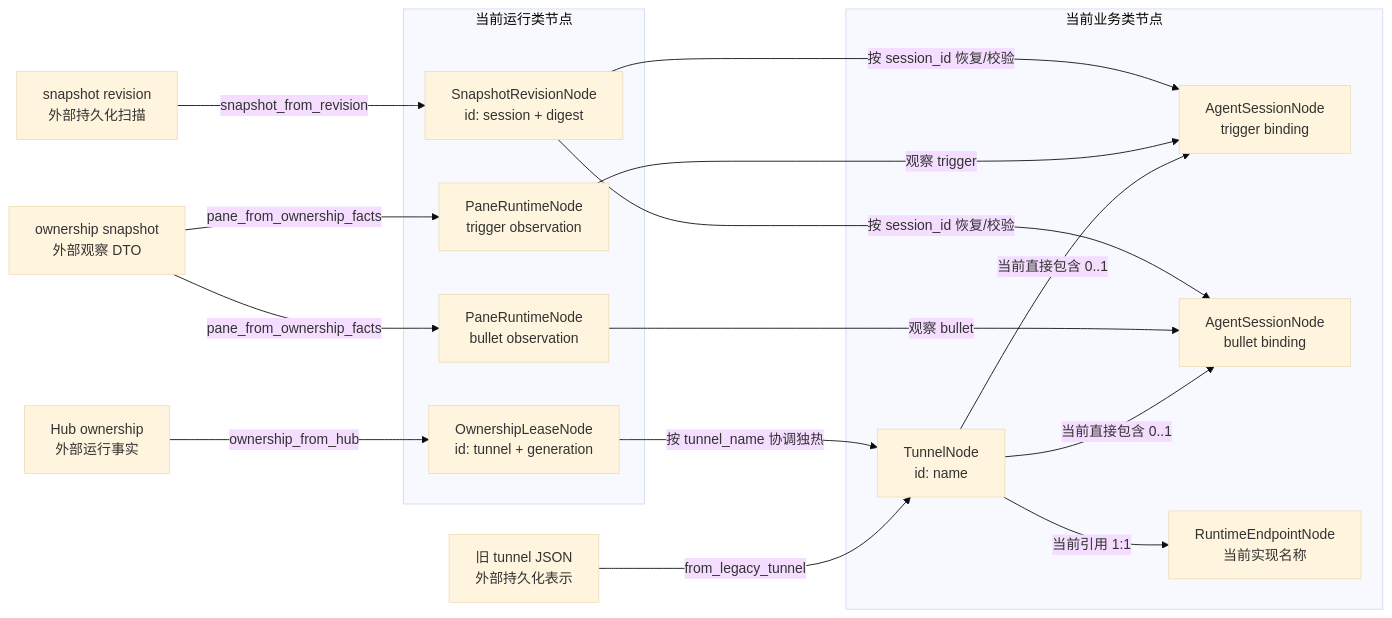
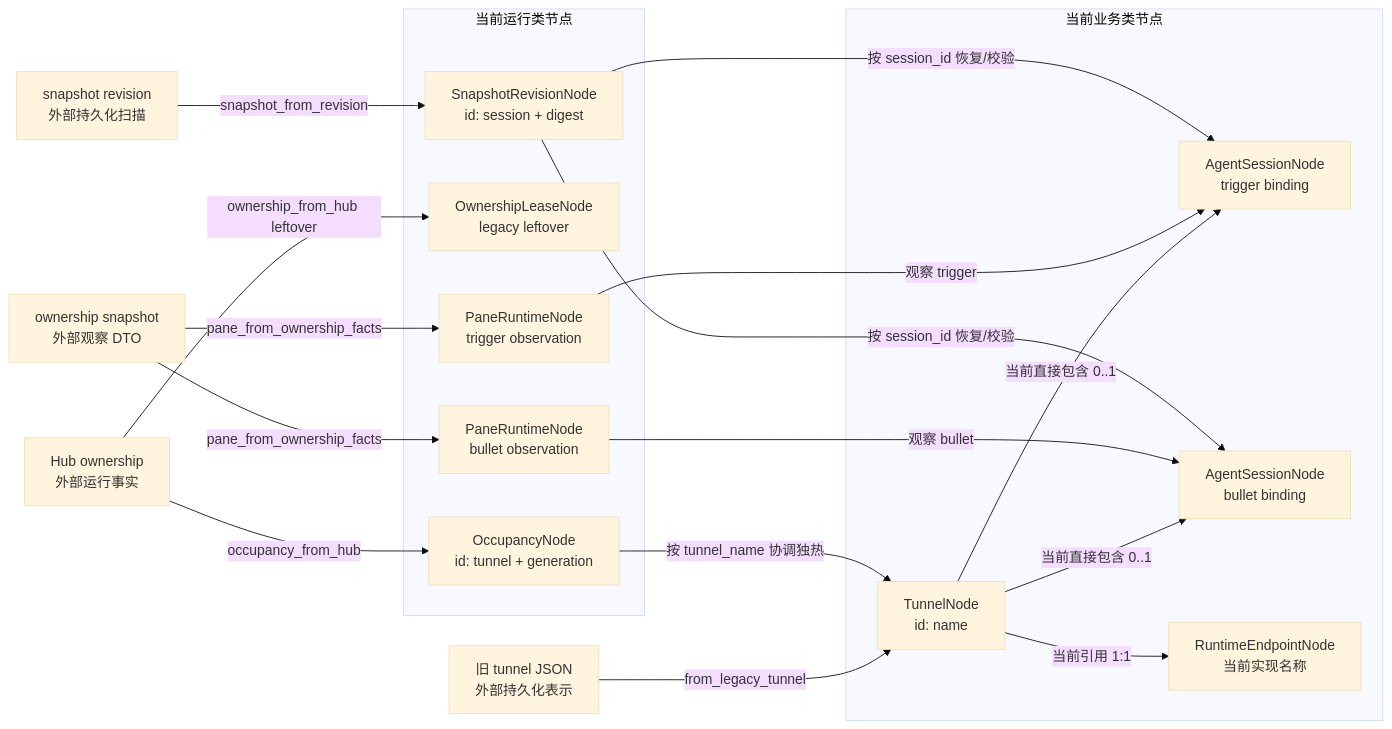
The first of 2 diagrams in datanode/DATANODE.md (yukai08008/dual-tmux), drawn with Mermaid (base theme) before and after one commit. The commit also changed other lines of this file and 19 other files, not shown here.

First line of the commit message:
feat: model occupancy as the exclusive-control runtime node

````diff
--- a/datanode/DATANODE.md
+++ b/datanode/DATANODE.md
@@ -43,35 +43,37 @@
 ```mermaid
 flowchart LR
   Legacy["旧 tunnel JSON<br/>外部持久化表示"]
   Hub["Hub ownership<br/>外部运行事实"]
   Facts["ownership snapshot<br/>外部观察 DTO"]
   Persist["snapshot revision<br/>外部持久化扫描"]
 
   subgraph Business["当前业务类节点"]
     Tunnel["TunnelNode<br/>id: name"]
     Trigger["AgentSessionNode<br/>trigger binding"]
     Bullet["AgentSessionNode<br/>bullet binding"]
     Endpoint["RuntimeEndpointNode<br/>当前实现名称"]
   end
 
   subgraph Runtime["当前运行类节点"]
-    Lease["OwnershipLeaseNode<br/>id: tunnel + generation"]
+    Occupancy["OccupancyNode<br/>id: tunnel + generation"]
+    Lease["OwnershipLeaseNode<br/>legacy leftover"]
     TriggerPane["PaneRuntimeNode<br/>trigger observation"]
     BulletPane["PaneRuntimeNode<br/>bullet observation"]
     Snapshot["SnapshotRevisionNode<br/>id: session + digest"]
   end
 
   Legacy -->|"from_legacy_tunnel"| Tunnel
   Tunnel -->|"当前直接包含 0..1"| Trigger
   Tunnel -->|"当前直接包含 0..1"| Bullet
   Tunnel -->|"当前引用 1:1"| Endpoint
-  Hub -->|"ownership_from_hub"| Lease
-  Lease -->|"按 tunnel_name 协调独热"| Tunnel
+  Hub -->|"occupancy_from_hub"| Occupancy
+  Occupancy -->|"按 tunnel_name 协调独热"| Tunnel
+  Hub -->|"ownership_from_hub leftover"| Lease
   Facts -->|"pane_from_ownership_facts"| TriggerPane
   Facts -->|"pane_from_ownership_facts"| BulletPane
   TriggerPane -->|"观察 trigger"| Trigger
   BulletPane -->|"观察 bullet"| Bullet
   Persist -->|"snapshot_from_revision"| Snapshot
   Snapshot -->|"按 session_id 恢复/校验"| Trigger
   Snapshot -->|"按 session_id 恢复/校验"| Bullet
 ```
````
